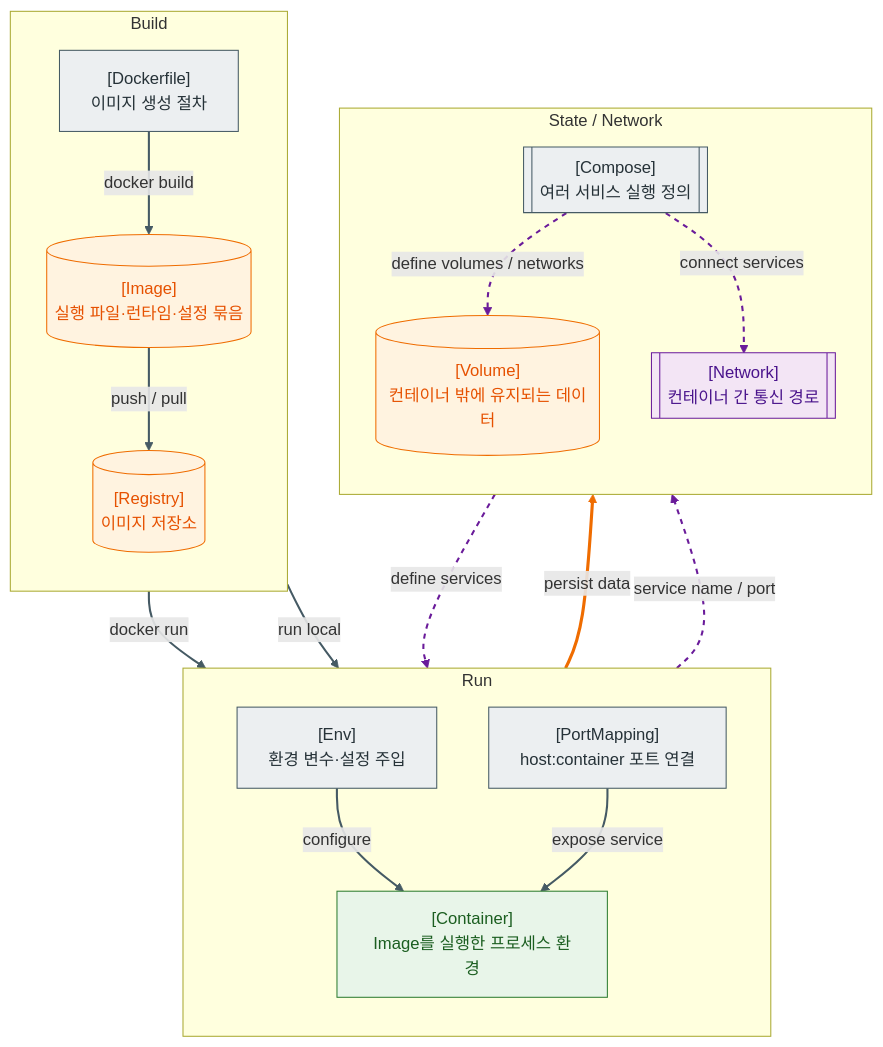
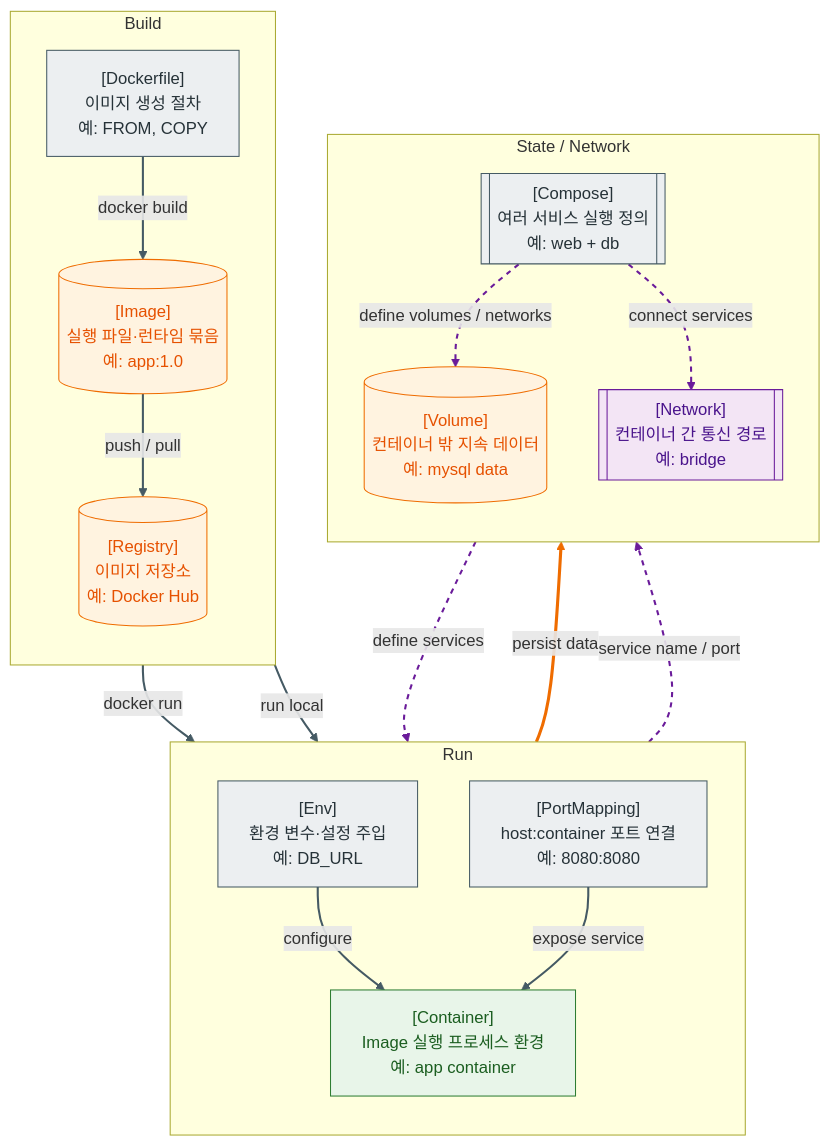
The diagram in content/Web-지도/14. Docker 지도 - Image, Container, Volume, Network, Compose.md (thisis-joe/thisis-joe.github.io), drawn with Mermaid before and after one commit. The commit also changed other lines of this file and 595 other files, not shown here.

````diff
--- a/content/Web-지도/14. Docker 지도 - Image, Container, Volume, Network, Compose.md
+++ b/content/Web-지도/14. Docker 지도 - Image, Container, Volume, Network, Compose.md
@@ -14,50 +14,50 @@
 ```mermaid
 flowchart TB
 
 subgraph BUILD["Build"]
 direction TB
-DOCKERFILE["[Dockerfile]<br/>이미지 생성 절차"]
-IMAGE[("[Image]<br/>실행 파일·런타임·설정 묶음")]
-REGISTRY[("[Registry]<br/>이미지 저장소")]
+DOCKERFILE["[Dockerfile]<br/>이미지 생성 절차<br/>예: FROM, COPY"]
+IMAGE[("[Image]<br/>실행 파일·런타임 묶음<br/>예: app:1.0")]
+REGISTRY[("[Registry]<br/>이미지 저장소<br/>예: Docker Hub")]
 end
 
 subgraph RUN["Run"]
 direction TB
-CONTAINER["[Container]<br/>Image를 실행한 프로세스 환경"]
-ENV["[Env]<br/>환경 변수·설정 주입"]
-PORT["[PortMapping]<br/>host:container 포트 연결"]
+CONTAINER["[Container]<br/>Image 실행 프로세스 환경<br/>예: app container"]
+ENV["[Env]<br/>환경 변수·설정 주입<br/>예: DB_URL"]
+PORT["[PortMapping]<br/>host:container 포트 연결<br/>예: 8080:8080"]
 end
 
 subgraph STATE_NET["State / Network"]
 direction TB
-VOLUME[("[Volume]<br/>컨테이너 밖에 유지되는 데이터")]
-NETWORK[["[Network]<br/>컨테이너 간 통신 경로"]]
-COMPOSE[["[Compose]<br/>여러 서비스 실행 정의"]]
+VOLUME[("[Volume]<br/>컨테이너 밖 지속 데이터<br/>예: mysql data")]
+NETWORK[["[Network]<br/>컨테이너 간 통신 경로<br/>예: bridge"]]
+COMPOSE[["[Compose]<br/>여러 서비스 실행 정의<br/>예: web + db"]]
 end
 
 DOCKERFILE -->|docker build| IMAGE
 IMAGE -->|push / pull| REGISTRY
 REGISTRY -->|docker run| CONTAINER
 IMAGE -->|run local| CONTAINER
 ENV -->|configure| CONTAINER
 PORT -->|expose service| CONTAINER
 CONTAINER ==>|persist data| VOLUME
 CONTAINER -.->|service name / port| NETWORK
 COMPOSE -.->|define services| CONTAINER
 COMPOSE -.->|define volumes / networks| VOLUME
 COMPOSE -.->|connect services| NETWORK
 
 classDef ops fill:#ECEFF1,stroke:#455A64,color:#263238;
 classDef server fill:#E8F5E9,stroke:#2E7D32,color:#1B5E20;
 classDef data fill:#FFF3E0,stroke:#EF6C00,color:#E65100;
 classDef event fill:#F3E5F5,stroke:#6A1B9A,color:#4A148C;
 
 class DOCKERFILE,COMPOSE,ENV,PORT ops;
 class CONTAINER server;
 class IMAGE,REGISTRY,VOLUME data;
 class NETWORK event;
 
 linkStyle 0,1,2,3,4,5 stroke:#455A64,stroke-width:2px;
 linkStyle 6 stroke:#EF6C00,stroke-width:3px;
 linkStyle 7,8,9,10 stroke:#6A1B9A,stroke-width:2px,stroke-dasharray:5 5;
 ```
````
